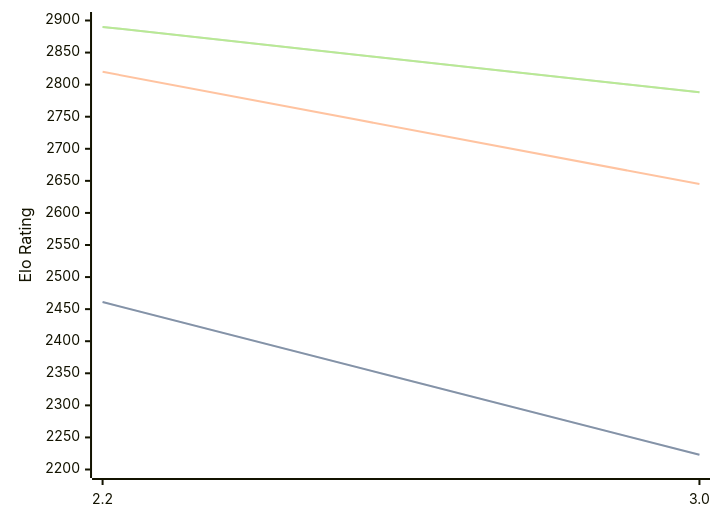
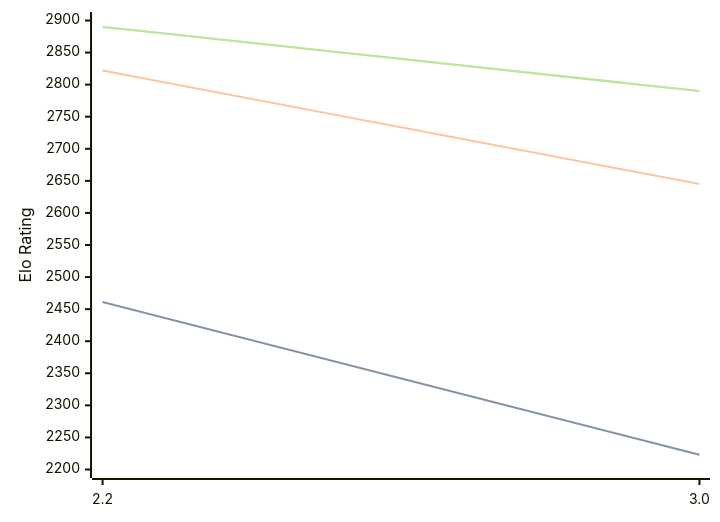
Before and after one commit to computer-chess-index/cci: the third of 3 diagrams in engines/Thrawn.md, drawn with Mermaid. The commit also changed other lines of this file, not shown here.

Commit message:
Update CCI Ratings (ELO VLTC) - 2026-07-03

````diff
--- a/engines/Thrawn.md
+++ b/engines/Thrawn.md
@@ -73,11 +73,11 @@
 ```mermaid
 %%{init: {"theme":"base","themeVariables":{"seriesColors:['#a3a3a3','#222221','#faa371']}}}%%
 xychart-beta
   x-axis ["2.2", "3.0"]
   y-axis "Elo Rating" 2200 --> 2900
   line "STC (8.0+0.08s)" [2461, 2223]
   line "STC (8.0+0.08s)" [2461, 2223]
-  line "LTC (60.0+0.60s)" [2820, 2645]
-  line "VLTC (2m24s+1.12s)" [2890, 2788]
-  line "VLTC (2m24s+1.12s)" [2890, 2788]
+  line "LTC (60.0+0.60s)" [2822, 2645]
+  line "VLTC (2m24s+1.12s)" [2890, 2790]
+  line "VLTC (2m24s+1.12s)" [2890, 2790]
 ```
````
